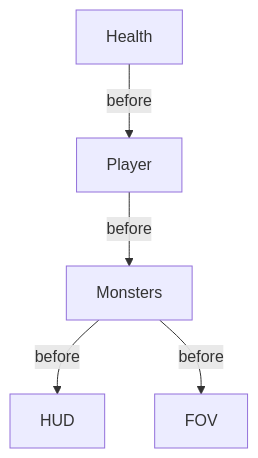
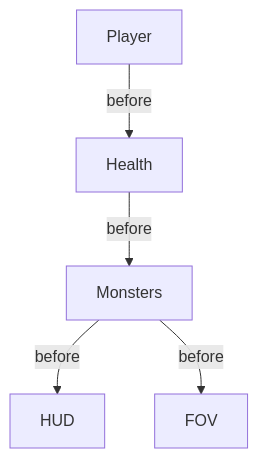
The second of 2 diagrams in README.md (JorgeLGonzalez/dungeon_crawl_p2p), drawn with Mermaid before and after one commit. The commit also changed other lines of this file and 2 other files, not shown here.

Commit message:
fix(HealthPlugin): run core set after players and before monsters
Otherwise you can have the player request to use a healing potion on frame F and then drink it in frame F+1. When frame F+1 is rerun after a rollback, it does not get the drink event.

````diff
--- a/README.md
+++ b/README.md
@@ -110,7 +110,7 @@
 ```mermaid
 flowchart TD
-  Health-- before -->Player
-  Player-- before -->Monsters
+  Player-- before -->Health
+  Health-- before -->Monsters
   Monsters-- before -->HUD
   Monsters-- before -->FOV
 ```
````
